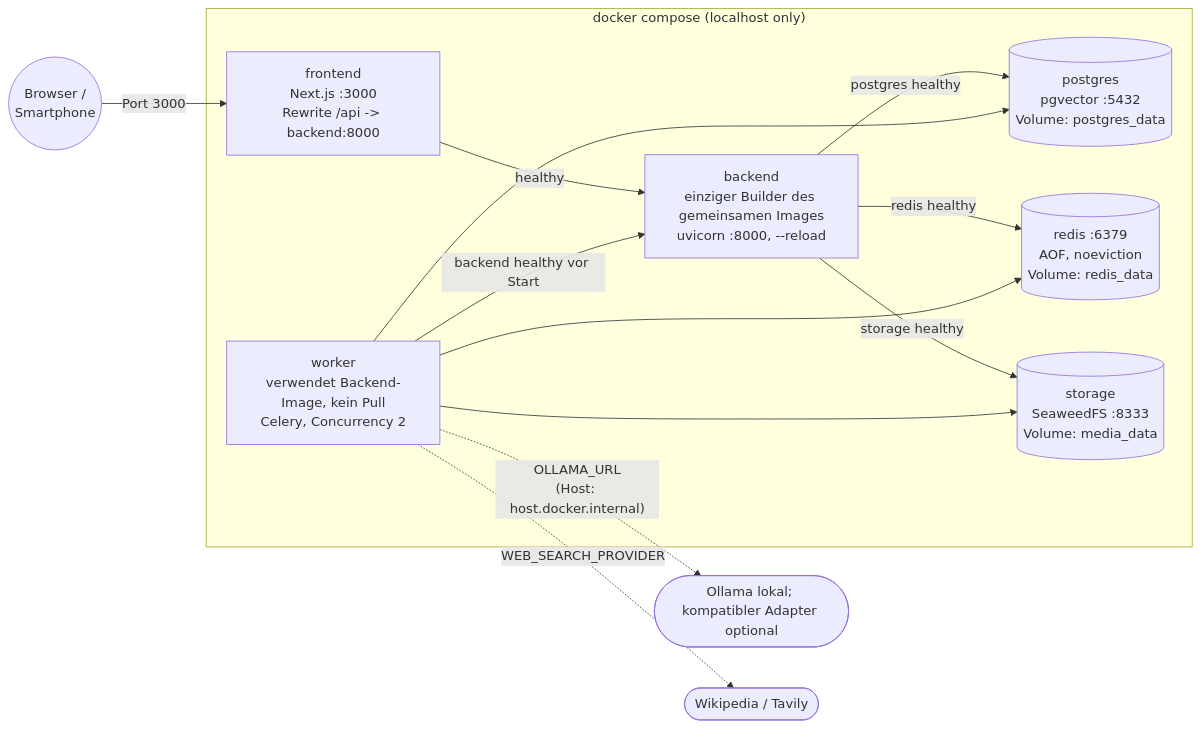
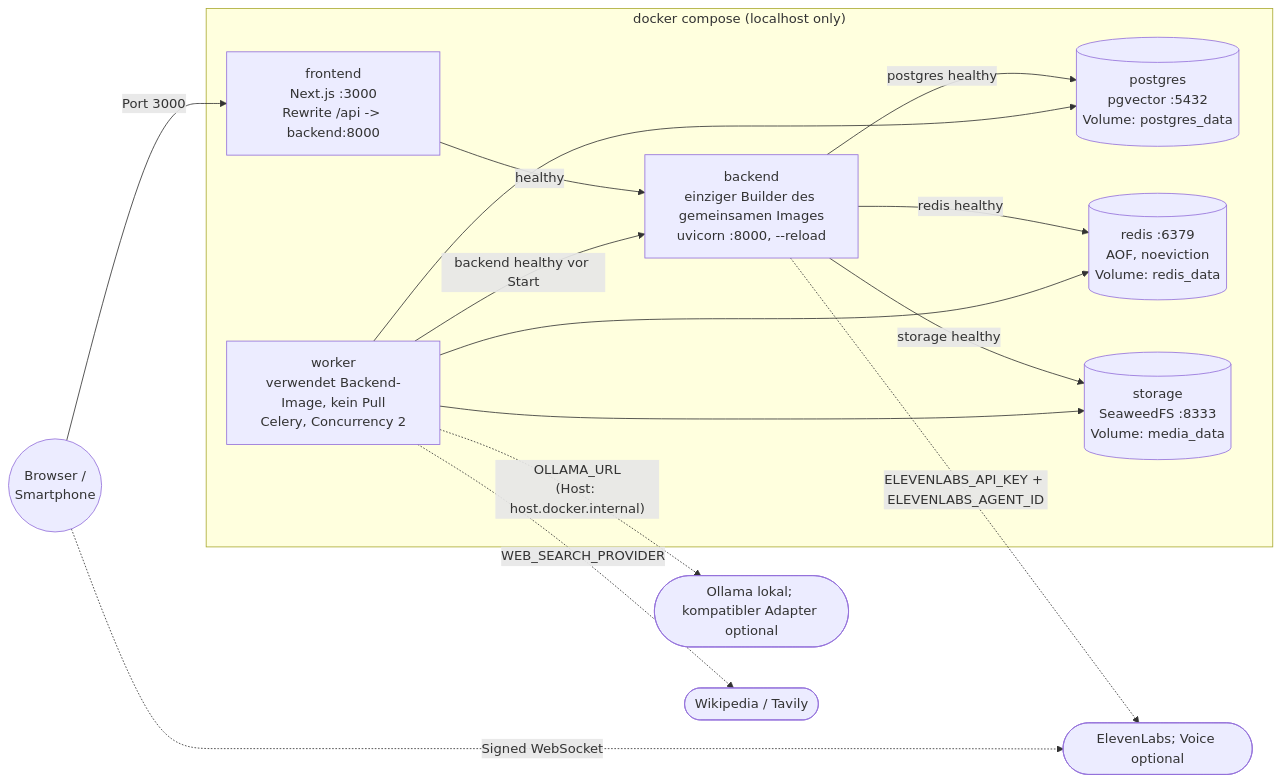
The second of 11 diagrams in docs/03-architecture.md (johannes3502/hackathon-fulda), drawn with Mermaid before and after one commit. The commit also changed other lines of this file and 36 other files, not shown here.

Commit message:
Simplify presentation review and add contextual ElevenLabs questions

````diff
--- a/docs/03-architecture.md
+++ b/docs/03-architecture.md
@@ -123,23 +129,25 @@
 ```mermaid
 flowchart LR
     subgraph Host["docker compose (localhost only)"]
         FE["frontend<br/>Next.js :3000<br/>Rewrite /api -> backend:8000"]
         BE["backend<br/>einziger Builder des gemeinsamen Images<br/>uvicorn :8000, --reload"]
         WK["worker<br/>verwendet Backend-Image, kein Pull<br/>Celery, Concurrency 2"]
         PG[("postgres<br/>pgvector :5432<br/>Volume: postgres_data")]
         RD[("redis :6379<br/>AOF, noeviction<br/>Volume: redis_data")]
         ST[("storage<br/>SeaweedFS :8333<br/>Volume: media_data")]
     end
 
     User(("Browser /<br/>Smartphone")) -->|"Port 3000"| FE
     FE -->|"healthy"| BE
     BE -->|"postgres healthy"| PG
     BE -->|"storage healthy"| ST
     BE -->|"redis healthy"| RD
     WK -->|"backend healthy vor Start"| BE
     WK --> PG
     WK --> ST
     WK --> RD
     WK -. "OLLAMA_URL<br/>(Host: host.docker.internal)" .-> LLM(["Ollama lokal; kompatibler Adapter optional"])
+    BE -. "ELEVENLABS_API_KEY + ELEVENLABS_AGENT_ID" .-> EL(["ElevenLabs; Voice optional"])
+    User -. "Signed WebSocket" .-> EL
     WK -. "WEB_SEARCH_PROVIDER" .-> WS(["Wikipedia / Tavily"])
 ```
````
